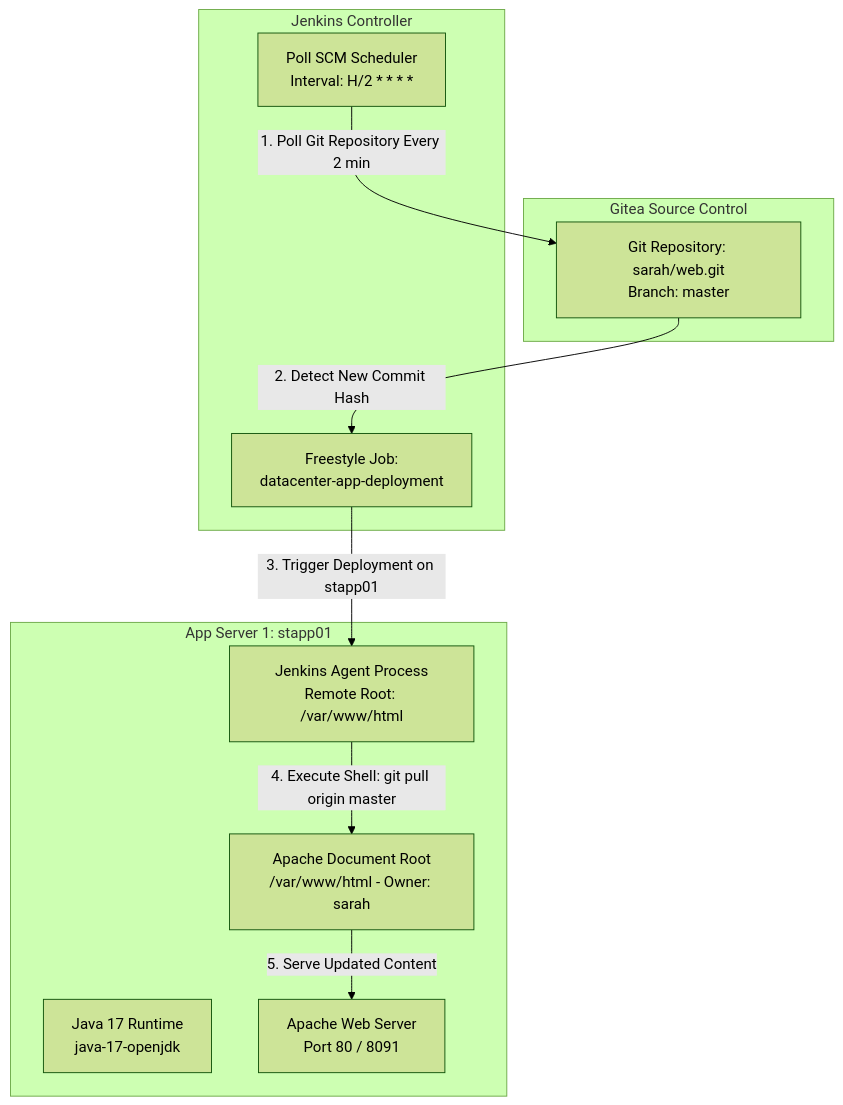
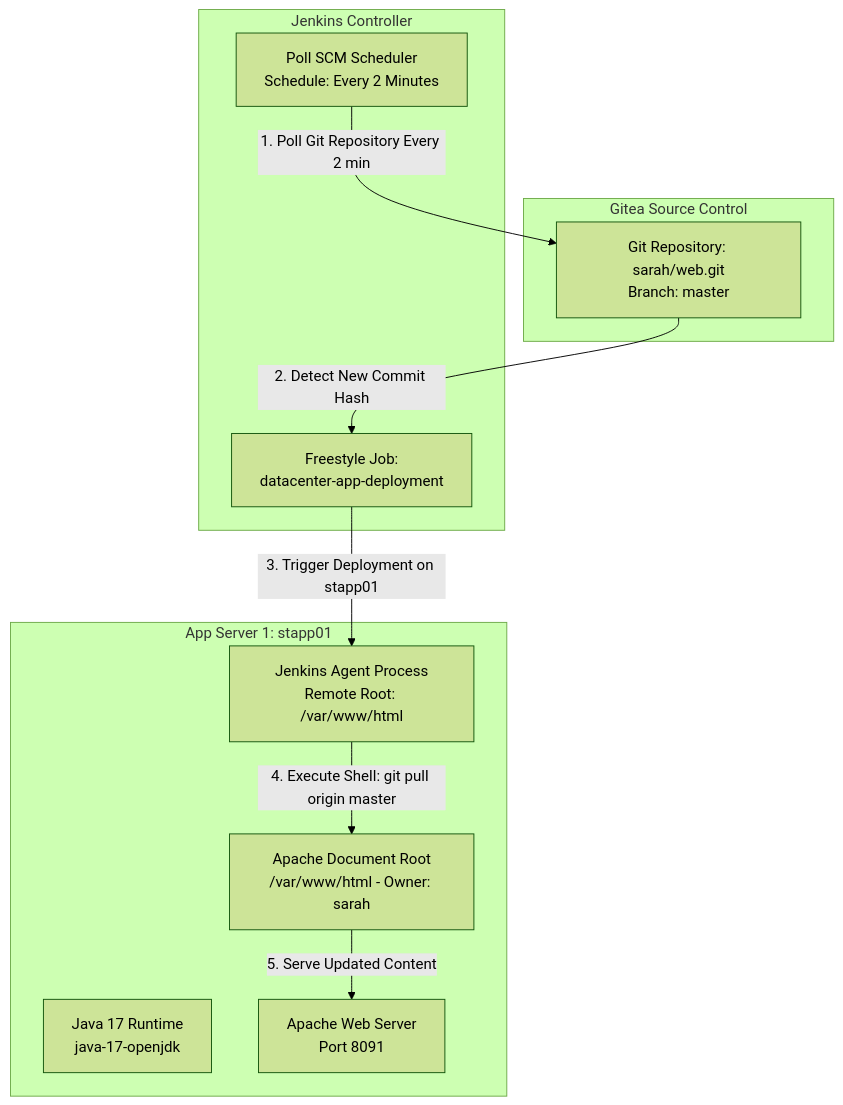
Before and after one commit to VarunRaje/dev-ops-challenges: the diagram in challenges/79-jenkins-deployment-job.md, drawn with Mermaid (forest theme).

Commit message:
Removing mermaid syntax error

````diff
--- a/challenges/79-jenkins-deployment-job.md
+++ b/challenges/79-jenkins-deployment-job.md
@@ -16,24 +16,24 @@
 ```mermaid
 graph TD
     subgraph SCM ["Gitea Source Control"]
         GitRepo["Git Repository: sarah/web.git<br/>Branch: master"]
     end
 
     subgraph JenkinsController ["Jenkins Controller"]
-        PollTrigger["Poll SCM Scheduler<br/>Interval: H/2 * * * *"]
+        PollTrigger["Poll SCM Scheduler<br/>Schedule: Every 2 Minutes"]
         Job["Freestyle Job:<br/>datacenter-app-deployment"]
     end
 
     subgraph AppServer ["App Server 1: stapp01"]
         Java17["Java 17 Runtime<br/>java-17-openjdk"]
         Agent["Jenkins Agent Process<br/>Remote Root: /var/www/html"]
         WebRoot["Apache Document Root<br/>/var/www/html - Owner: sarah"]
-        Apache["Apache Web Server<br/>Port 80 / 8091"]
+        Apache["Apache Web Server<br/>Port 8091"]
     end
 
     PollTrigger -->|"1. Poll Git Repository Every 2 min"| GitRepo
     GitRepo -->|"2. Detect New Commit Hash"| Job
     Job -->|"3. Trigger Deployment on stapp01"| Agent
     Agent -->|"4. Execute Shell: git pull origin master"| WebRoot
     WebRoot -->|"5. Serve Updated Content"| Apache
 ```
````
